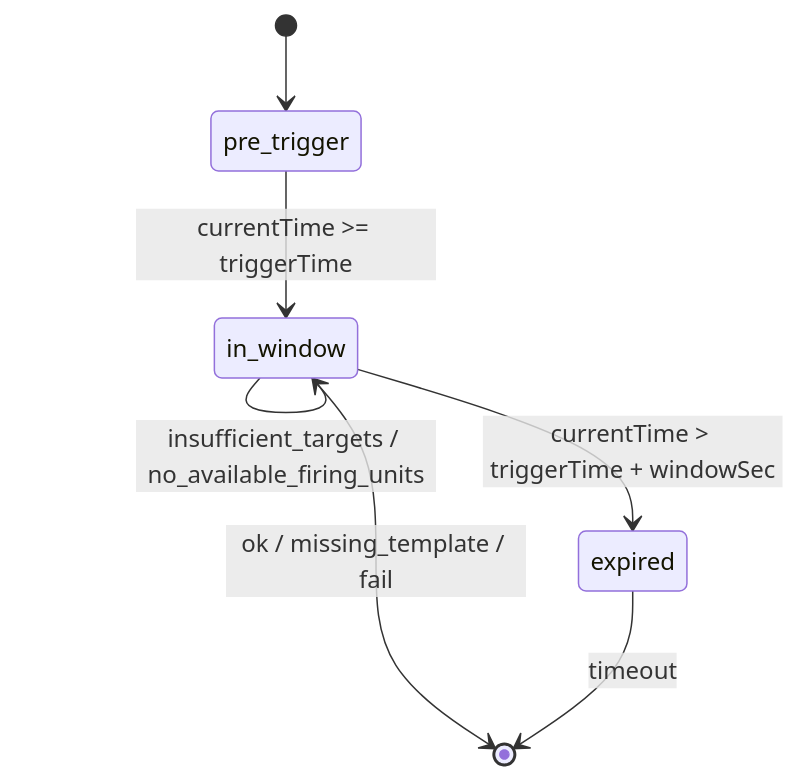
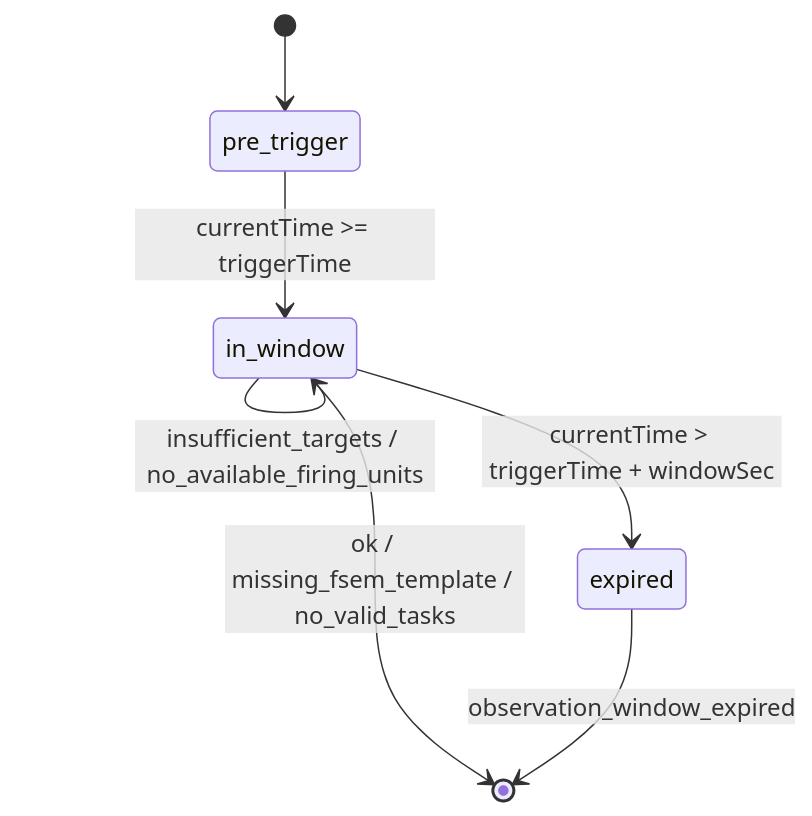
The first of 2 diagrams in docs/strikePlanner/fsemBuilder.md (pullupjumper/formosa-in-flames), drawn with Mermaid before and after one commit. The commit also changed other lines of this file and 58 other files, not shown here.

````diff
--- a/docs/strikePlanner/fsemBuilder.md
+++ b/docs/strikePlanner/fsemBuilder.md
@@ -52,9 +54,9 @@
 ```mermaid
 stateDiagram-v2
     [*] --> pre_trigger
     pre_trigger --> in_window : currentTime >= triggerTime
     in_window --> in_window : insufficient_targets / no_available_firing_units
-    in_window --> [*] : ok / missing_template / fail
+    in_window --> [*] : ok / missing_fsem_template / no_valid_tasks
     in_window --> expired : currentTime > triggerTime + windowSec
-    expired --> [*] : timeout
+    expired --> [*] : observation_window_expired
 ```
````
